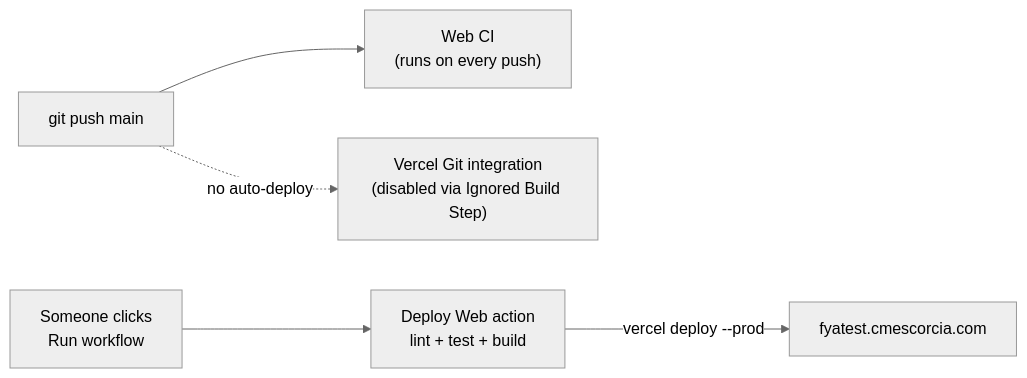
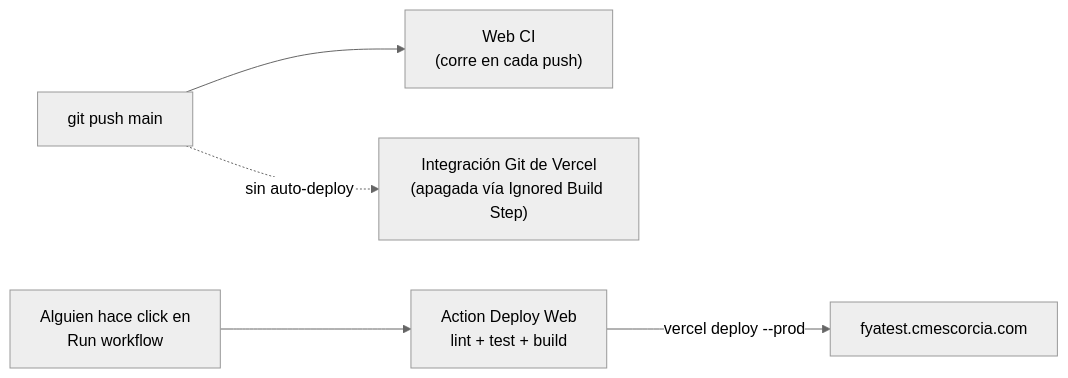
One commit to CarlosPolo019/credit-web changed the third of 3 diagrams in README.md. Above: the diagram before and after it, drawn with Mermaid (neutral theme). The commit also changed other lines of this file, not shown here.

````diff
--- a/README.md
+++ b/README.md
@@ -128,7 +152,7 @@
 ```mermaid
 flowchart LR
-  dev["git push main"] --> ci["Web CI<br/>(runs on every push)"]
-  dev -.no auto-deploy.-> vercelgit["Vercel Git integration<br/>(disabled via Ignored Build Step)"]
-  operator["Someone clicks<br/>Run workflow"] --> deploy["Deploy Web action<br/>lint + test + build"]
+  dev["git push main"] --> ci["Web CI<br/>(corre en cada push)"]
+  dev -.sin auto-deploy.-> vercelgit["Integración Git de Vercel<br/>(apagada vía Ignored Build Step)"]
+  operator["Alguien hace click en<br/>Run workflow"] --> deploy["Action Deploy Web<br/>lint + test + build"]
   deploy -->|vercel deploy --prod| prod["fyatest.cmescorcia.com"]
 ```
````
